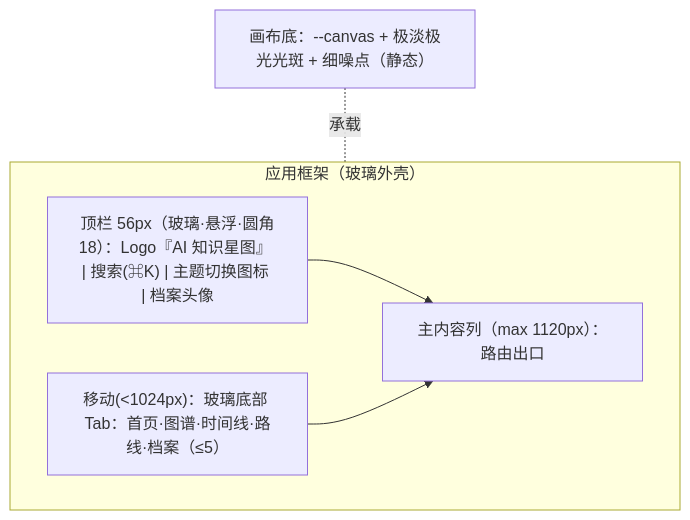
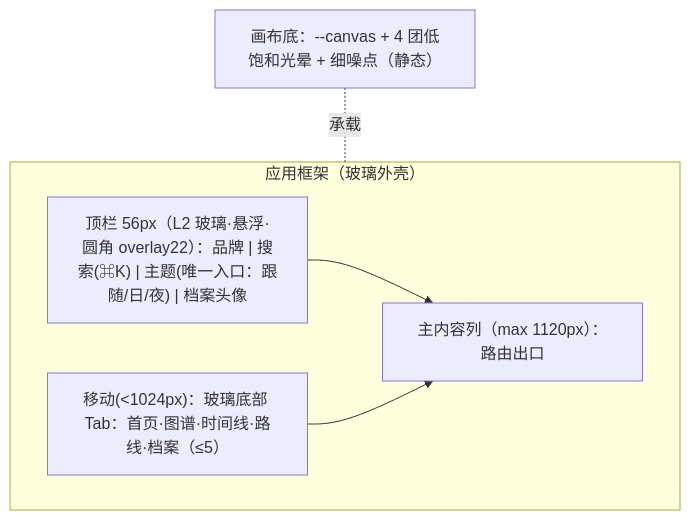
Before and after one commit to zhaoxuan-inside/AiIsAllYouNeed: the second of 2 diagrams in hs_dev_docs/_02_feature_spec/_04_prototype_wireframe/overview_prototype.md, drawn with Mermaid. The commit also changed other lines of this file and 19 other files, not shown here.

````diff
--- a/hs_dev_docs/_02_feature_spec/_04_prototype_wireframe/overview_prototype.md
+++ b/hs_dev_docs/_02_feature_spec/_04_prototype_wireframe/overview_prototype.md
@@ -30,12 +30,12 @@
 ```mermaid
 flowchart TB
   subgraph Shell["应用框架（玻璃外壳）"]
-    TopBar["顶栏 56px（玻璃·悬浮·圆角18）：Logo『AI 知识星图』 | 搜索(⌘K) | 主题切换图标 | 档案头像"]
+    TopBar["顶栏 56px（L2 玻璃·悬浮·圆角 overlay22）：品牌 | 搜索(⌘K) | 主题(唯一入口：跟随/日/夜) | 档案头像"]
     Main["主内容列（max 1120px）：路由出口"]
     TabBar["移动(<1024px)：玻璃底部 Tab：首页·图谱·时间线·路线·档案（≤5）"]
     TopBar --> Main
     TabBar --> Main
   end
-  BG["画布底：--canvas + 极淡极光光斑 + 细噪点（静态）"]
+  BG["画布底：--canvas + 4 团低饱和光晕 + 细噪点（静态）"]
   BG -.承载.- Shell
 ```
````
